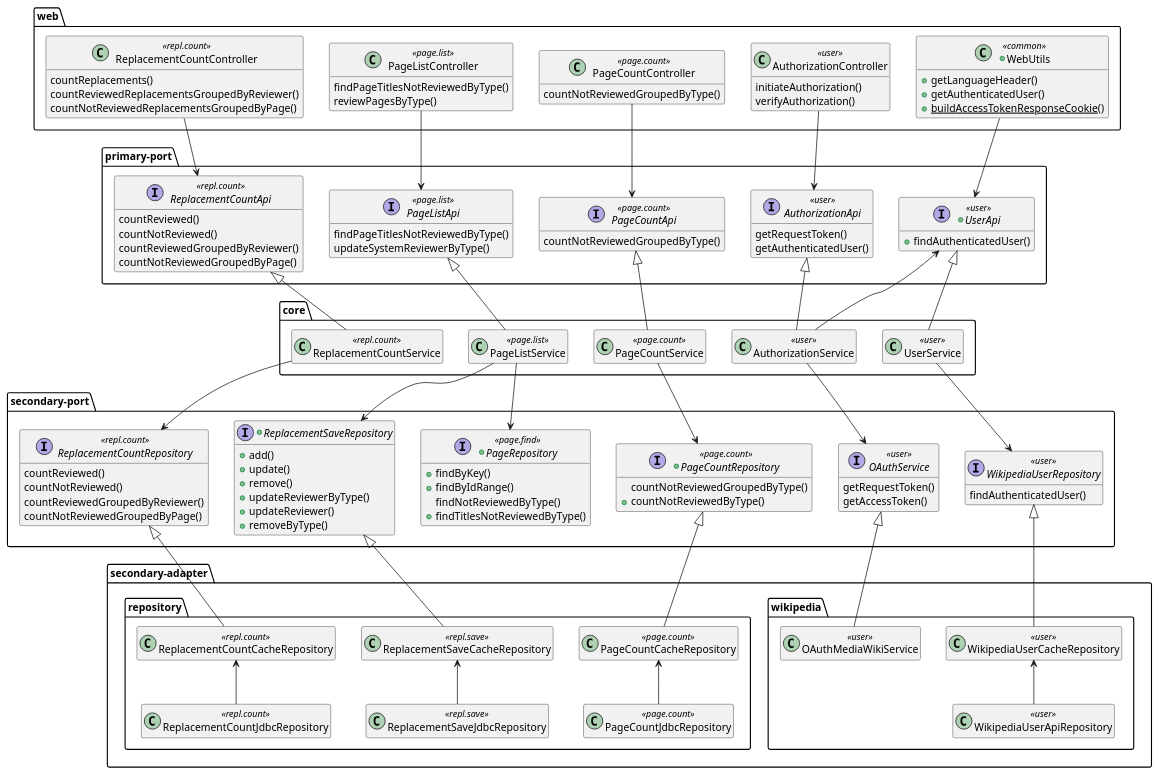
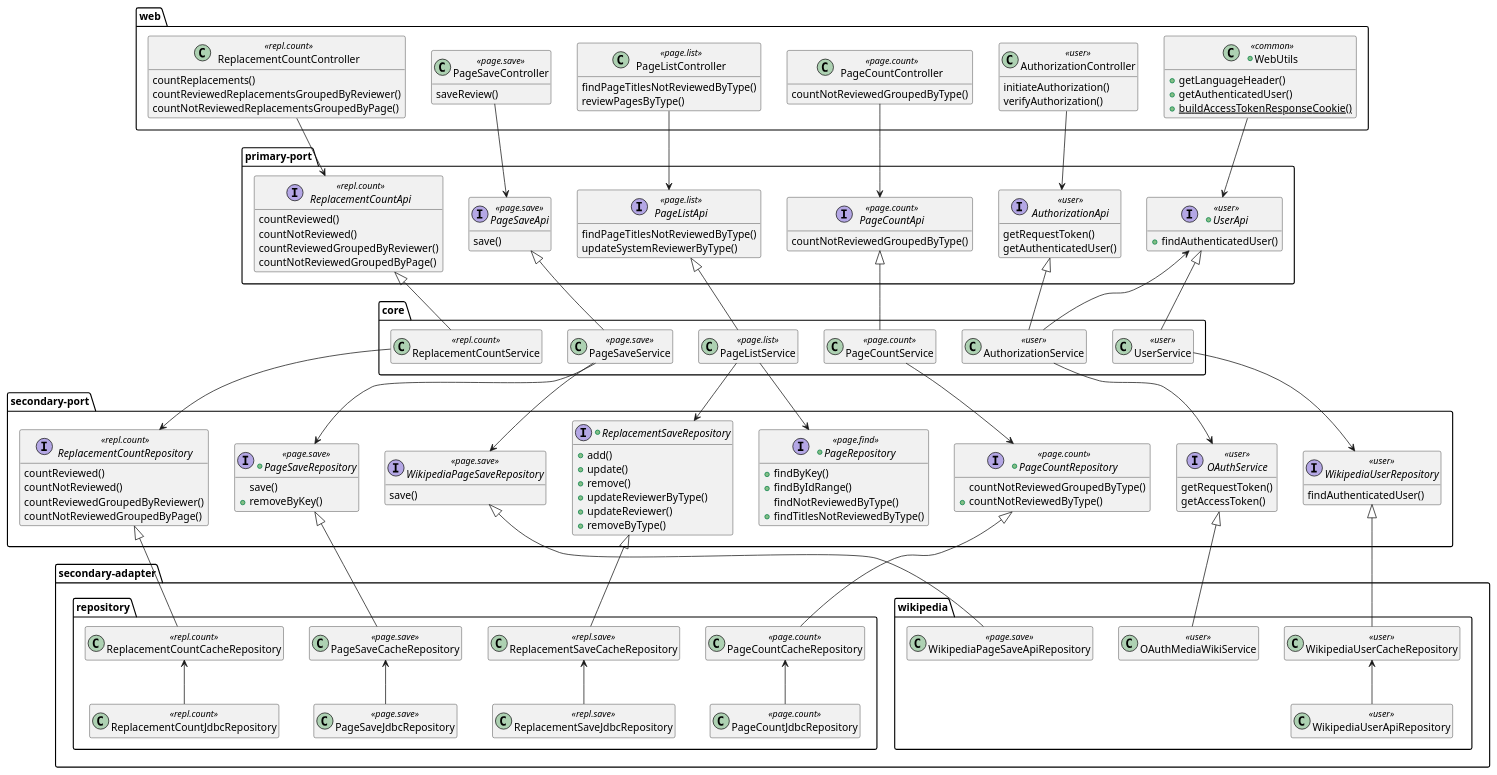
The diagram in class-relationships.puml (benjavalero/replacer), drawn with PlantUML before and after one commit.

Commit message:
package page save

```diff
--- a/class-relationships.puml
+++ b/class-relationships.puml
@@ -1,5 +1,4 @@
 @startuml
-
 hide empty members
 
 'USER
@@ -139,6 +138,57 @@
 
 PageListService --> PageRepository
 
+'PAGE SAVE
+
+package web {
+  class PageSaveController <<page.save>> {
+    saveReview()
+  }
+}
+
+package primary-port {
+  interface PageSaveApi <<page.save>> {
+    save()
+  }
+}
+
+package core {
+  class PageSaveService <<page.save>>
+}
+
+package secondary-port {
+  +interface PageSaveRepository <<page.save>> {
+    save()
+    +removeByKey()
+  }
+
+  interface WikipediaPageSaveRepository <<page.save>> {
+    save()
+  }
+}
+
+package secondary-adapter {
+  package repository {
+    class PageSaveCacheRepository <<page.save>>
+    class PageSaveJdbcRepository <<page.save>>
+  }
+
+  package wikipedia {
+    class WikipediaPageSaveApiRepository <<page.save>>
+  }
+}
+
+PageSaveController --> PageSaveApi
+PageSaveApi <|-- PageSaveService
+PageSaveService --> PageSaveRepository
+PageSaveService --> WikipediaPageSaveRepository
+PageSaveRepository <|-- PageSaveCacheRepository
+PageSaveCacheRepository <-- PageSaveJdbcRepository
+WikipediaPageSaveRepository <|-- WikipediaPageSaveApiRepository
+
+'TODO ApplyCosmeticsService
+
+
 'REPLACEMENT COUNT
 
 package web {
@@ -208,5 +258,4 @@
 PageListService --> ReplacementSaveRepository
 ReplacementSaveRepository <|-- ReplacementSaveCacheRepository
 ReplacementSaveCacheRepository <-- ReplacementSaveJdbcRepository
-
 @enduml
```
